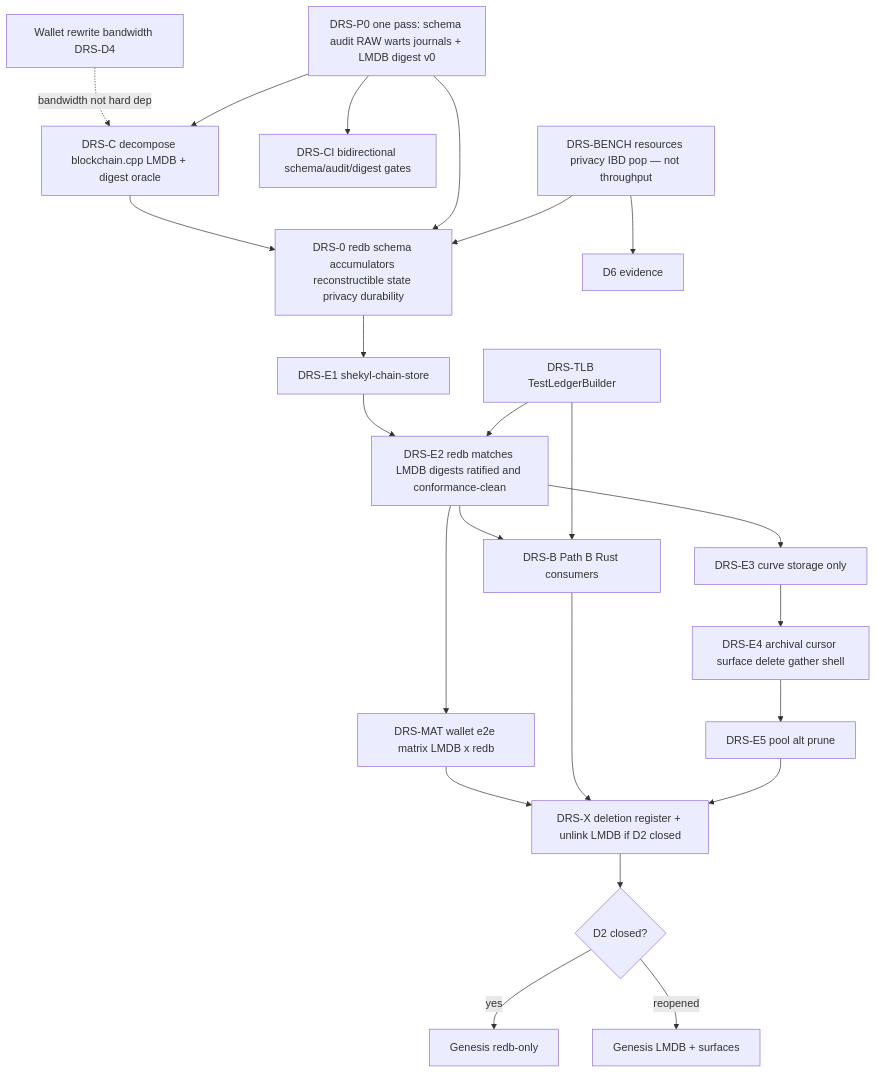
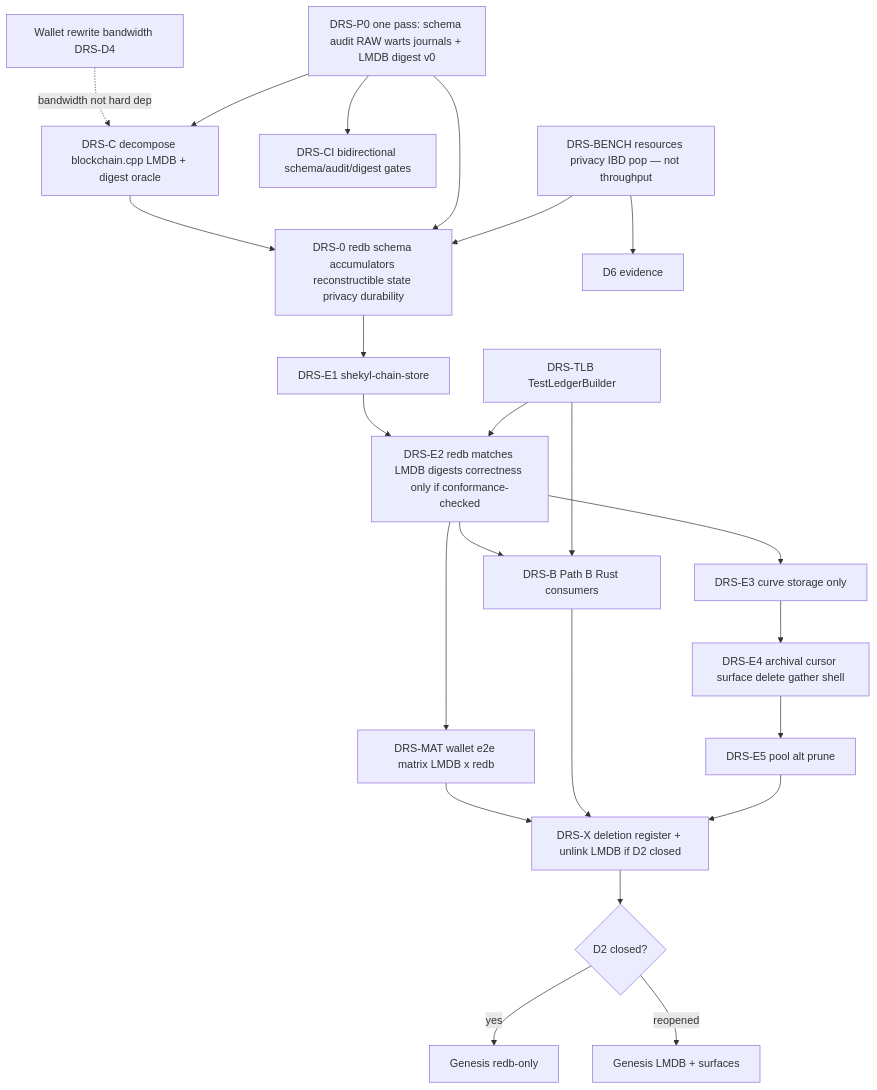
The diagram in docs/design/DAEMON_REDB_STORE.md (Shekyl-Foundation/shekyl-core), drawn with Mermaid before and after one commit. The commit also changed other lines of this file and 4 other files, not shown here.

````diff
--- a/docs/design/DAEMON_REDB_STORE.md
+++ b/docs/design/DAEMON_REDB_STORE.md
@@ -496,40 +498,40 @@
 ```mermaid
 flowchart TD
   BENCH[DRS-BENCH resources privacy IBD pop — not throughput]
   P0[DRS-P0 one pass: schema audit RAW warts journals + LMDB digest v0]
   CI[DRS-CI bidirectional schema/audit/digest gates]
   TLB[DRS-TLB TestLedgerBuilder]
   W[Wallet rewrite bandwidth DRS-D4]
   C[DRS-C decompose blockchain.cpp LMDB + digest oracle]
   D0[DRS-0 redb schema accumulators reconstructible state privacy durability]
   E1[DRS-E1 shekyl-chain-store]
-  E2[DRS-E2 redb matches LMDB digests ratified and conformance-clean]
+  E2[DRS-E2 redb matches LMDB digests correctness only if conformance-checked]
   E3[DRS-E3 curve storage only]
   E4[DRS-E4 archival cursor surface delete gather shell]
   E5[DRS-E5 pool alt prune]
   B[DRS-B Path B Rust consumers]
   MAT[DRS-MAT wallet e2e matrix LMDB x redb]
   X[DRS-X deletion register + unlink LMDB if D2 closed]
   G{D2 closed?}
   G1[Genesis redb-only]
   G2[Genesis LMDB + surfaces]
   BENCH --> D0
   BENCH --> D6ev[D6 evidence]
   P0 --> CI
   P0 --> C
   P0 --> D0
   TLB --> E2
   TLB --> B
   W -.->|bandwidth not hard dep| C
   C --> D0
   D0 --> E1 --> E2
   E2 --> E3 --> E4 --> E5
   E2 --> MAT
   E2 --> B
   E5 --> X
   B --> X
   MAT --> X
   X --> G
   G -->|yes| G1
   G -->|reopened| G2
 ```
````
